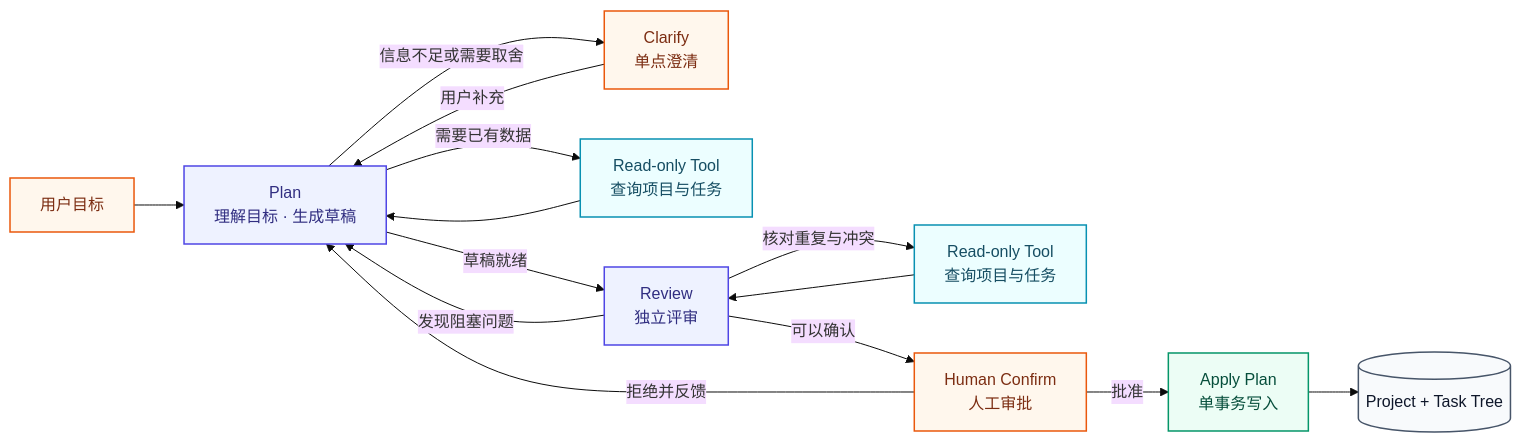
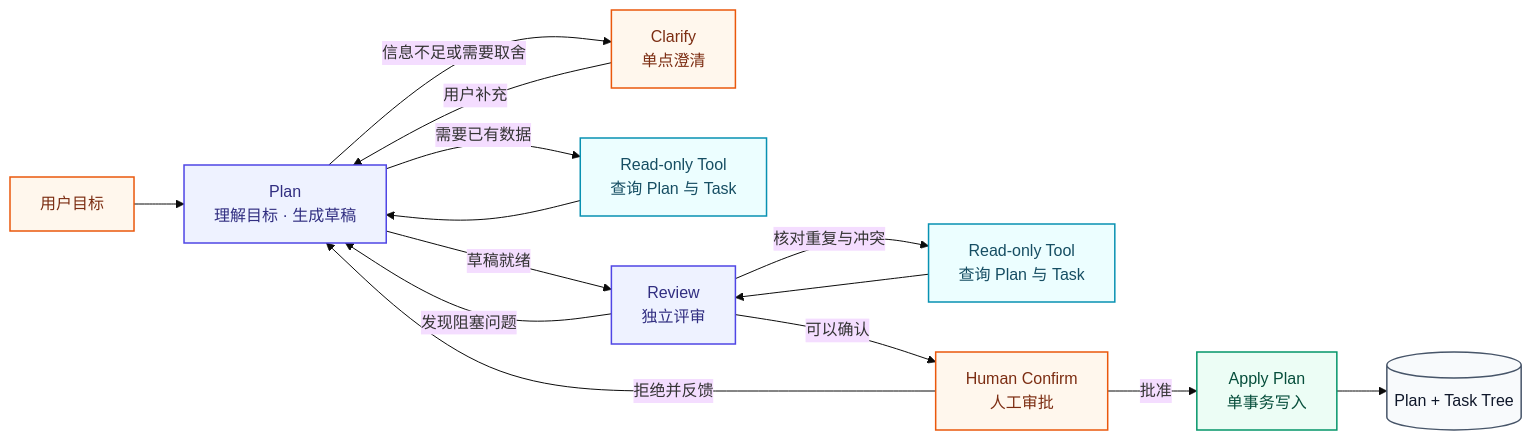
The first of 2 diagrams in README.md (weii2000/task_manager), drawn with Mermaid (base theme) before and after one commit. The commit also changed other lines of this file and 65 other files, not shown here.

````diff
--- a/README.md
+++ b/README.md
@@ -25,22 +25,22 @@
 ```mermaid
 flowchart LR
     U["用户目标"]:::human --> P["Plan<br/>理解目标 · 生成草稿"]:::agent
     P -->|信息不足或需要取舍| C["Clarify<br/>单点澄清"]:::human
     C -->|用户补充| P
-    P -->|需要已有数据| PT["Read-only Tool<br/>查询项目与任务"]:::tool
+    P -->|需要已有数据| PT["Read-only Tool<br/>查询 Plan 与 Task"]:::tool
     PT --> P
     P -->|草稿就绪| R["Review<br/>独立评审"]:::agent
-    R -->|核对重复与冲突| RT["Read-only Tool<br/>查询项目与任务"]:::tool
+    R -->|核对重复与冲突| RT["Read-only Tool<br/>查询 Plan 与 Task"]:::tool
     RT --> R
     R -->|发现阻塞问题| P
     R -->|可以确认| H["Human Confirm<br/>人工审批"]:::human
     H -->|拒绝并反馈| P
     H -->|批准| W["Apply Plan<br/>单事务写入"]:::service
-    W --> DB[("Project + Task Tree")]:::data
+    W --> DB[("Plan + Task Tree")]:::data
 
     classDef human fill:#FFF7ED,stroke:#EA580C,color:#7C2D12,stroke-width:1.5px
     classDef agent fill:#EEF2FF,stroke:#4F46E5,color:#312E81,stroke-width:1.5px
     classDef tool fill:#ECFEFF,stroke:#0891B2,color:#164E63,stroke-width:1.5px
     classDef service fill:#ECFDF5,stroke:#059669,color:#064E3B,stroke-width:1.5px
     classDef data fill:#F8FAFC,stroke:#475569,color:#0F172A,stroke-width:1.5px
 ```
````
